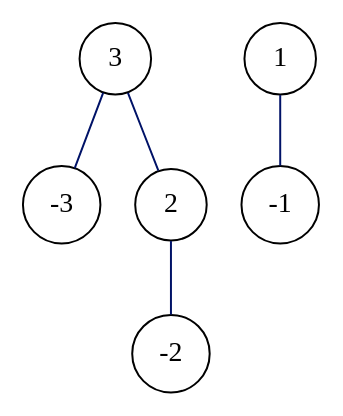
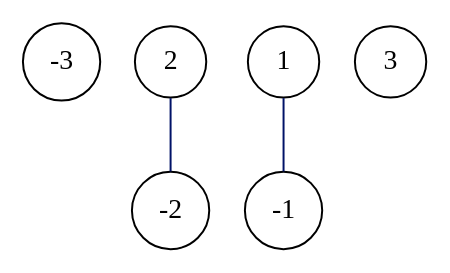
Before and after one commit to Adrien-No/partition-algebra: the diagram in img/diagram_test.dot, drawn with Graphviz. The commit also changed 4 other files, not shown here.

Commit message:
generateur p_i ok, mais on va changer la numerotation des sommets, on part de 0 maintenant (a partir de 1 seulement dans le diagramme affiche

```diff
--- a/img/diagram_test.dot
+++ b/img/diagram_test.dot
@@ -1,15 +1,13 @@
 graph G {
   -3 [pos="3.000000,0.000000!", shape=circle, ];
   -2 [pos="2.000000,0.000000!", shape=circle, ];
   -1 [pos="1.000000,0.000000!", shape=circle, ];
   1 [pos="1.000000,1.000000!", shape=circle, ];
   2 [pos="2.000000,1.000000!", shape=circle, ];
   3 [pos="3.000000,1.000000!", shape=circle, ];
   
   
   1 -- -1 [color="#001267", label="", ];
   2 -- -2 [color="#001267", label="", ];
-  3 -- -3 [color="#001267", label="", ];
-  3 -- 2 [color="#001267", label="", ];
   
   }
```
